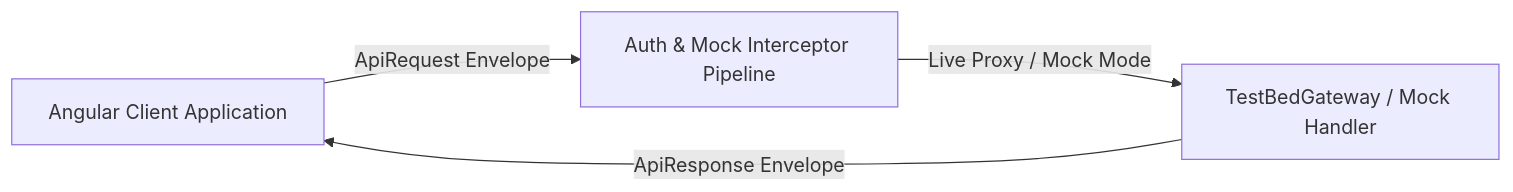
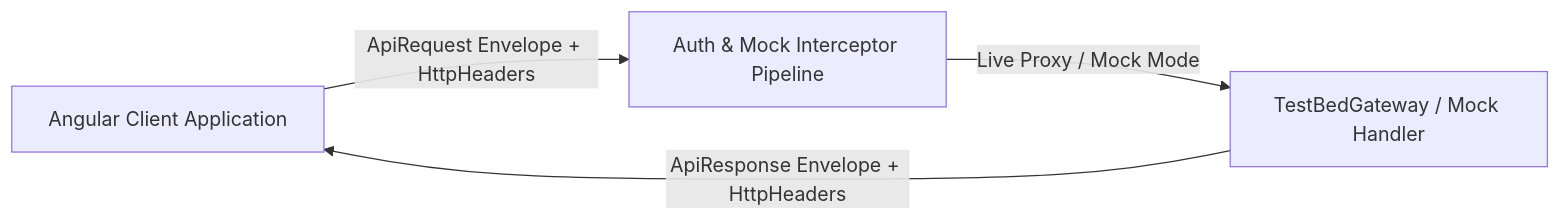
One commit to kunalahuja04/sspl-demo changed the first of 2 diagrams in memory/api-request.md. Above: the diagram before and after it, drawn with Mermaid. The commit also changed other lines of this file and 5 other files, not shown here.

Commit message:
feat: migrate authorization tokens to HTTP Authorization headers in generateSession and web/login lifecycles

````diff
--- a/memory/api-request.md
+++ b/memory/api-request.md
@@ -32,6 +32,6 @@
 ```mermaid
 flowchart LR
-    Client[Angular Client Application] -->|ApiRequest Envelope| Interceptors[Auth & Mock Interceptor Pipeline]
+    Client[Angular Client Application] -->|ApiRequest Envelope + HttpHeaders| Interceptors[Auth & Mock Interceptor Pipeline]
     Interceptors -->|Live Proxy / Mock Mode| Backend[TestBedGateway / Mock Handler]
-    Backend -->|ApiResponse Envelope| Client
+    Backend -->|ApiResponse Envelope + HttpHeaders| Client
 ```
````
